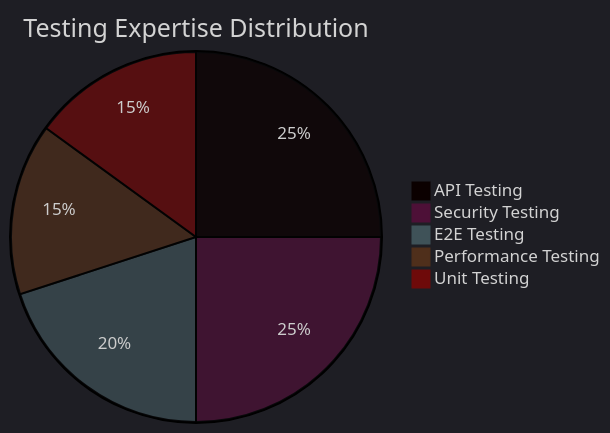
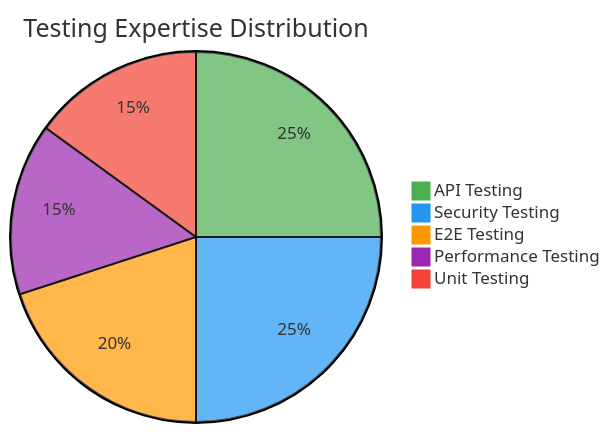
One commit to Jobzakung/Jobzakung changed the first of 3 diagrams in README.md. Above: the diagram before and after it, drawn with Mermaid. The commit also changed other lines of this file, not shown here.

````diff
--- a/README.md
+++ b/README.md
@@ -115,9 +115,9 @@
 ```mermaid
-%%{init: {'theme':'dark'}}%%
+%%{init: {'theme':'base', 'themeVariables': { 'pie1':'#4CAF50', 'pie2':'#2196F3', 'pie3':'#FF9800', 'pie4':'#9C27B0', 'pie5':'#F44336'}}}%%
 pie title Testing Expertise Distribution
     "API Testing" : 25
     "Security Testing" : 25
     "E2E Testing" : 20
     "Performance Testing" : 15
     "Unit Testing" : 15
 ```
````
